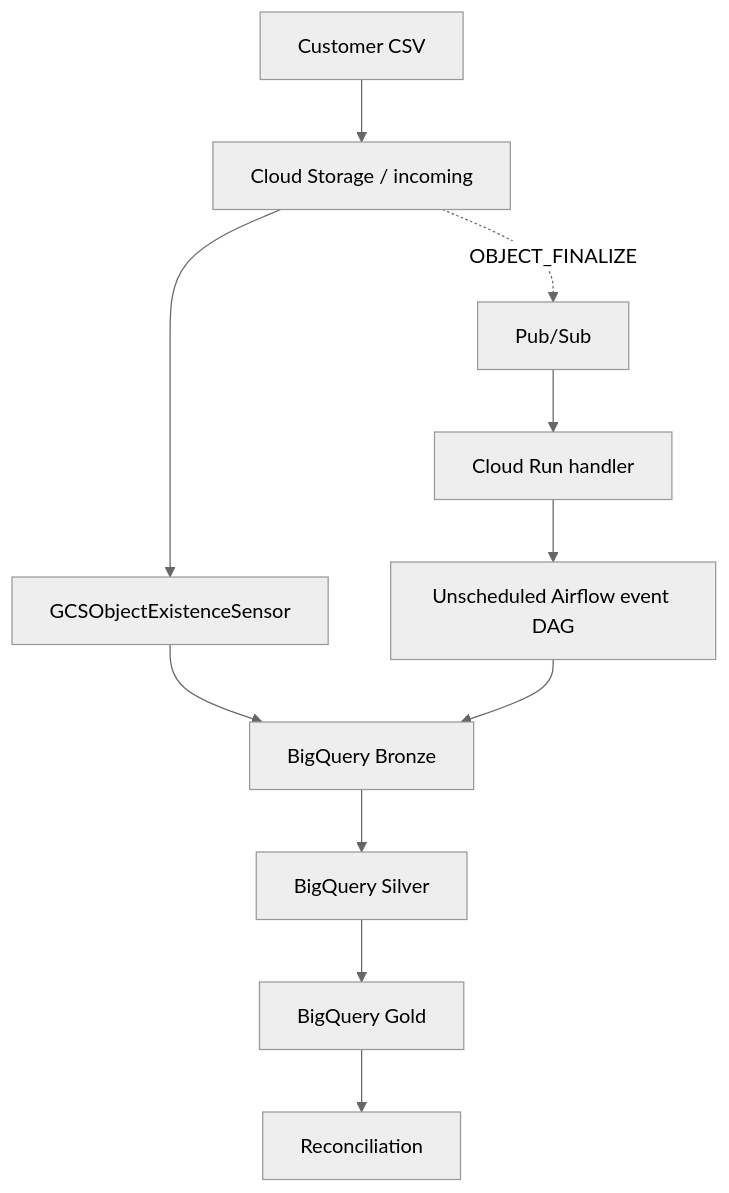
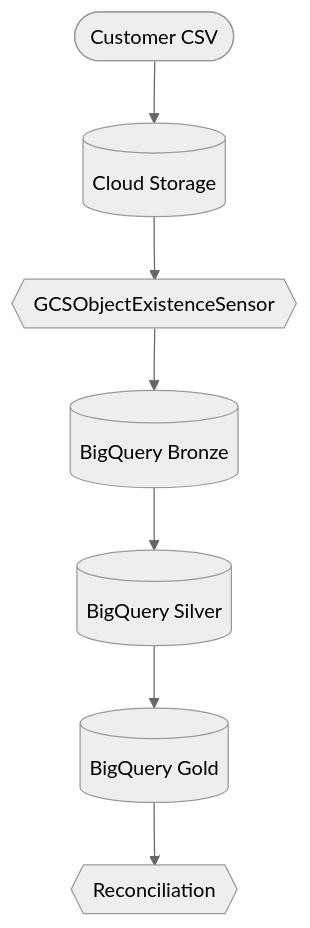
Before and after one commit to cloudwithpavan/cloudpulse-gcp-customer-lakehouse: the first of 2 diagrams in cloudpulse-documentation/docs/architecture.md, drawn with Mermaid (neutral theme). The commit also changed other lines of this file and 22 other files, not shown here.

````diff
--- a/cloudpulse-documentation/docs/architecture.md
+++ b/cloudpulse-documentation/docs/architecture.md
@@ -3,13 +7,5 @@
 ```mermaid
 flowchart TB
-  CSV[Customer CSV] --> GCS[Cloud Storage / incoming]
-  GCS --> SENSOR[GCSObjectExistenceSensor]
-  SENSOR --> BRONZE[BigQuery Bronze]
-  BRONZE --> SILVER[BigQuery Silver]
-  SILVER --> GOLD[BigQuery Gold]
-  GOLD --> CHECK[Reconciliation]
-  GCS -. OBJECT_FINALIZE .-> PS[Pub/Sub]
-  PS --> CR[Cloud Run handler]
-  CR --> EVENT[Unscheduled Airflow event DAG]
-  EVENT --> BRONZE
+  CSV([Customer CSV]) --> GCS[(Cloud Storage)] --> SENSOR{{GCSObjectExistenceSensor}}
+  SENSOR --> BRONZE[(BigQuery Bronze)] --> SILVER[(BigQuery Silver)] --> GOLD[(BigQuery Gold)] --> QA{{Reconciliation}}
 ```
````
